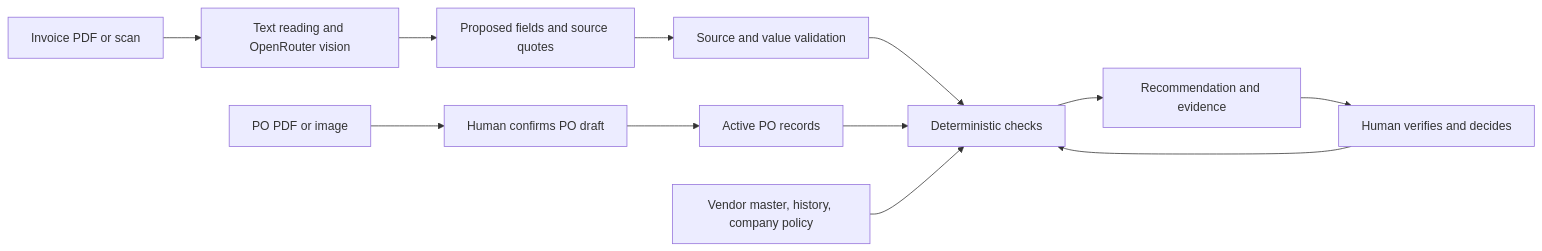
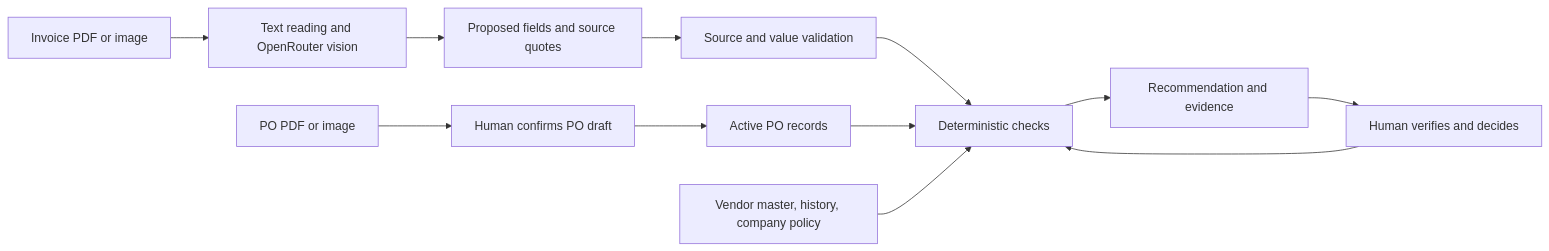
The diagram in submission/WRITTEN_BRIEF.md (sudharsan319/tresata-invoice-review), drawn with Mermaid before and after one commit. The commit also changed other lines of this file and 11 other files, not shown here.

Commit message:
Accept invoice image uploads and preserve original previews

````diff
--- a/submission/WRITTEN_BRIEF.md
+++ b/submission/WRITTEN_BRIEF.md
@@ -17,14 +17,14 @@
 ```mermaid
 flowchart LR
-  A[Invoice PDF or scan] --> B[Text reading and OpenRouter vision]
+  A[Invoice PDF or image] --> B[Text reading and OpenRouter vision]
   P[PO PDF or image] --> H[Human confirms PO draft]
   B --> C[Proposed fields and source quotes]
   C --> D[Source and value validation]
   H --> E[Active PO records]
   D --> F[Deterministic checks]
   E --> F
   R[Vendor master, history, company policy] --> F
   F --> G[Recommendation and evidence]
   G --> I[Human verifies and decides]
   I --> F
 ```
````
